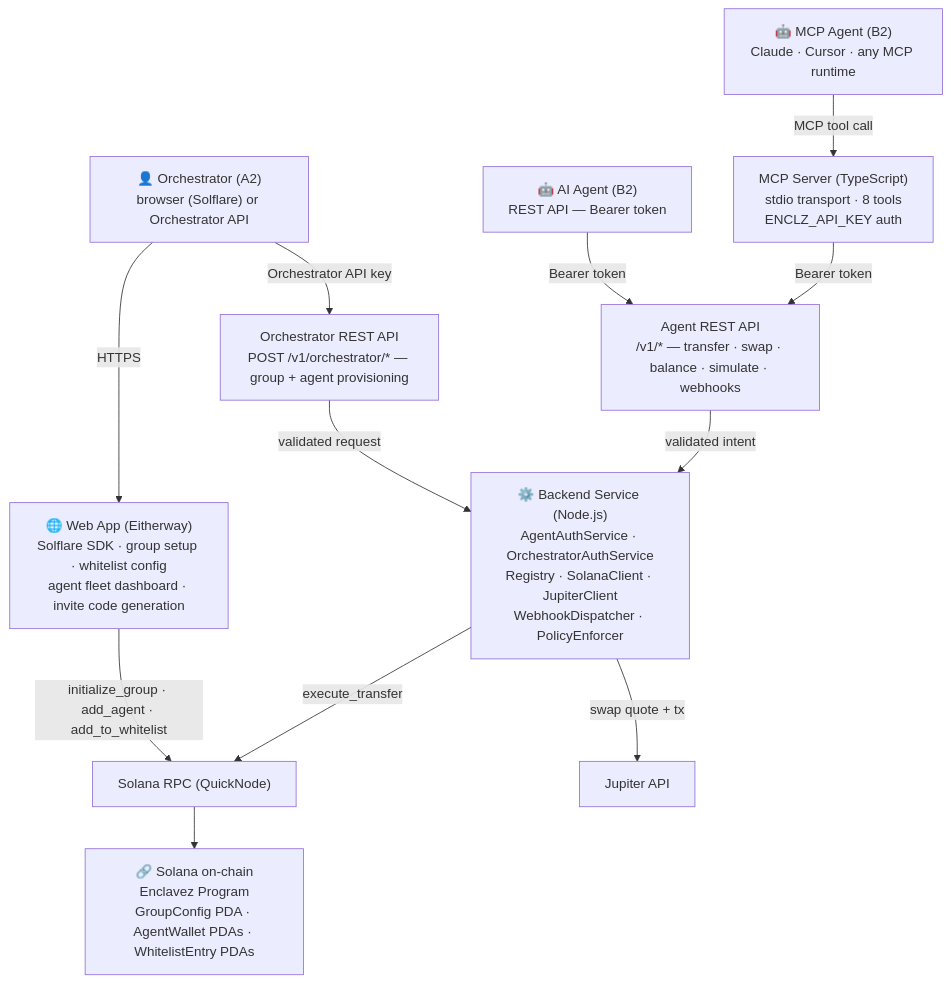
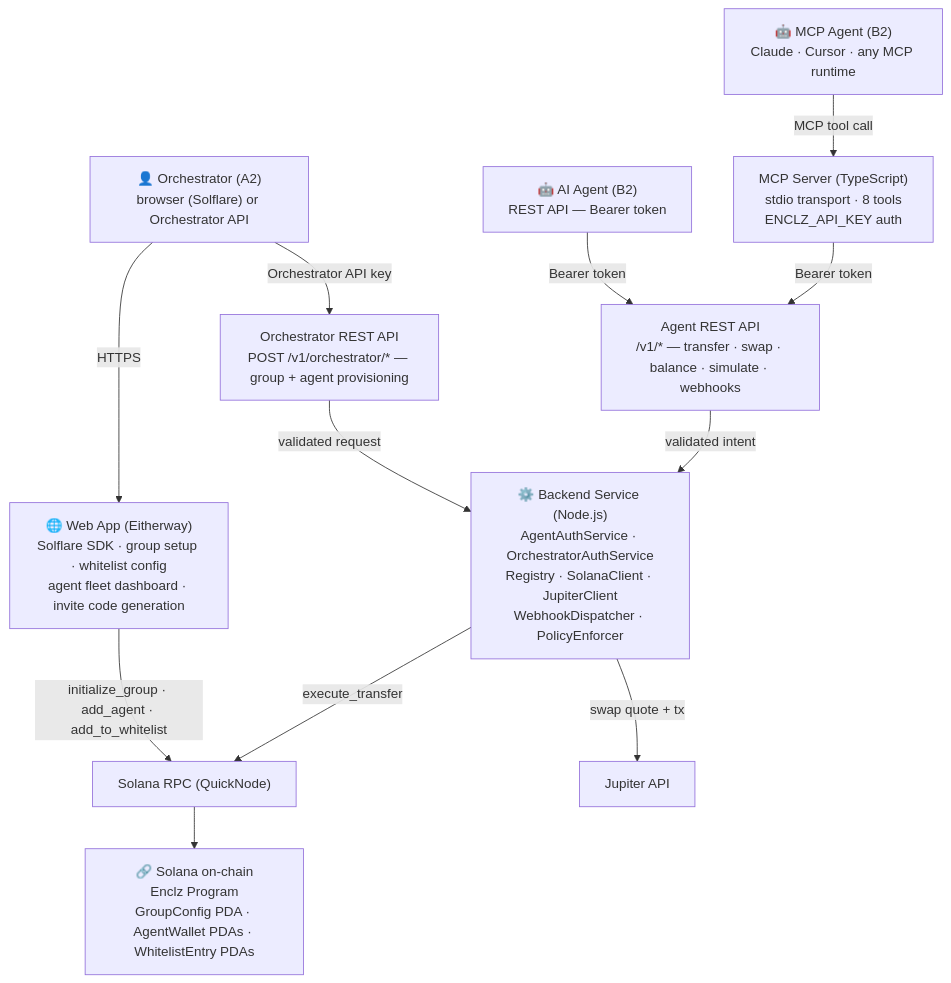
The diagram in docs/SPECIFICATION.md (enclz/solana), drawn with Mermaid before and after one commit. The commit also changed other lines of this file and 3 other files, not shown here.

Commit message:
docs: rename Enclavez to Enclz across all docs

````diff
--- a/docs/SPECIFICATION.md
+++ b/docs/SPECIFICATION.md
@@ -23,34 +23,34 @@
 ```mermaid
 graph TD
     ORC["👤 Orchestrator (A2)\nbrowser (Solflare) or Orchestrator API"]
     AGT["🤖 AI Agent (B2)\nREST API — Bearer token"]
     MCP_CLIENT["🤖 MCP Agent (B2)\nClaude · Cursor · any MCP runtime"]
 
     WEB["🌐 Web App (Eitherway)\nSolflare SDK · group setup · whitelist config\nagent fleet dashboard · invite code generation"]
     OAPI["Orchestrator REST API\nPOST /v1/orchestrator/* — group + agent provisioning"]
     AAPI["Agent REST API\n/v1/* — transfer · swap · balance · simulate · webhooks"]
     MCP["MCP Server (TypeScript)\nstdio transport · 8 tools\nENCLZ_API_KEY auth"]
 
     BE["⚙️ Backend Service (Node.js)\nAgentAuthService · OrchestratorAuthService\nRegistry · SolanaClient · JupiterClient\nWebhookDispatcher · PolicyEnforcer"]
 
     RPC["Solana RPC (QuickNode)"]
     JUP["Jupiter API"]
 
-    CHAIN["🔗 Solana on-chain\nEnclavez Program\nGroupConfig PDA · AgentWallet PDAs · WhitelistEntry PDAs"]
+    CHAIN["🔗 Solana on-chain\nEnclz Program\nGroupConfig PDA · AgentWallet PDAs · WhitelistEntry PDAs"]
 
     ORC -->|HTTPS| WEB
     ORC -->|Orchestrator API key| OAPI
     WEB -->|initialize_group · add_agent · add_to_whitelist| RPC
     OAPI -->|validated request| BE
 
     AGT -->|Bearer token| AAPI
     AAPI -->|validated intent| BE
 
     MCP_CLIENT -->|MCP tool call| MCP
     MCP -->|Bearer token| AAPI
 
     BE -->|execute_transfer| RPC
     BE -->|swap quote + tx| JUP
 
     RPC --> CHAIN
 ```
````
